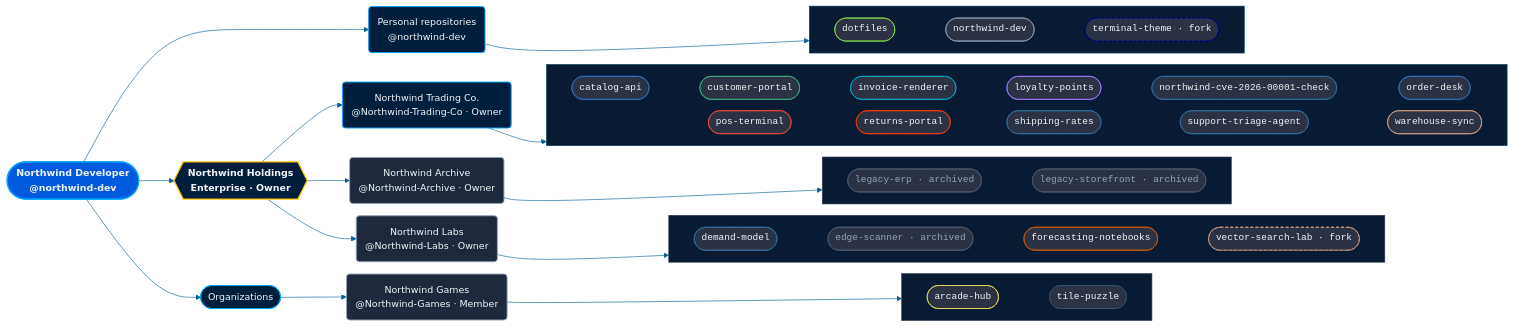
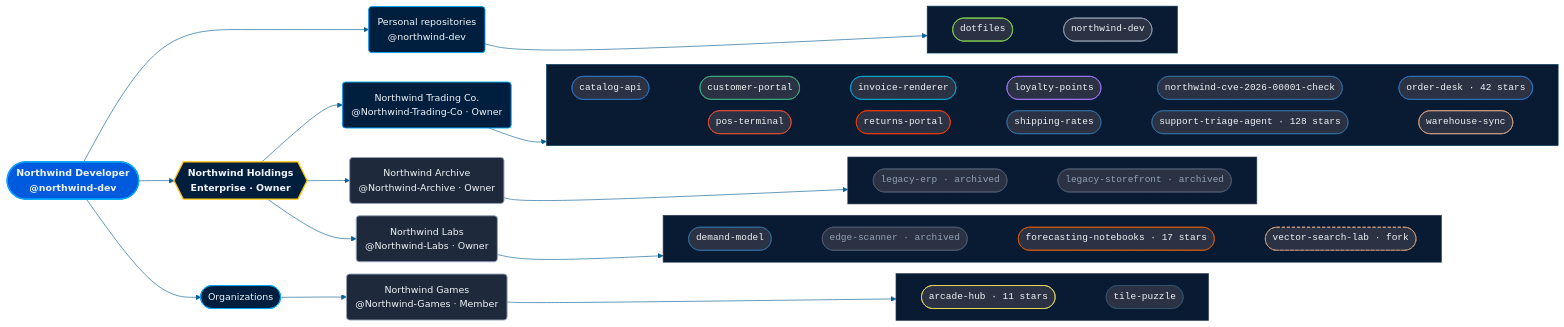
Before and after one commit to CompleteTech-Skills/github-showcase-skill: the diagram in assets/examples/account-chart-example.mmd, drawn with Mermaid. The commit also changed 22 other files, not shown here.

First line of the commit message:
Hold, fork, star and language details for the account chart

```diff
--- a/assets/examples/account-chart-example.mmd
+++ b/assets/examples/account-chart-example.mmd
@@ -1,109 +1,107 @@
 %%{init: {"theme": "base", "fontFamily": "Poppins, ui-sans-serif, system-ui, sans-serif", "themeVariables": {"darkMode": true, "background": "#0F172A", "fontSize": "15px", "primaryColor": "#001F3F", "primaryTextColor": "#F1F5F9", "primaryBorderColor": "#00A7FD", "secondaryColor": "#001F3F", "tertiaryColor": "#001F3F", "mainBkg": "#001F3F", "nodeBorder": "#00A7FD", "lineColor": "#085F94", "textColor": "#CBD5E1", "titleColor": "#F1F5F9", "clusterBkg": "#081B33", "clusterBorder": "#0B3F65", "edgeLabelBackground": "#0F172A"}, "flowchart": {"curve": "basis", "htmlLabels": true, "wrappingWidth": 600, "nodeSpacing": 18, "rankSpacing": 56, "padding": 14, "diagramPadding": 24}}}%%
 flowchart LR
     accTitle: GitHub account map of Northwind Developer (@northwind-dev)
     accDescr: personal repositories, 1 enterprise and 4 organizations, each with its public repositories
 
     acct(["Northwind Developer<br/>@northwind-dev"])
     me("Personal repositories<br/>@northwind-dev")
     acct ---> me
     subgraph me_r [" "]
         direction LR
-        me_r1(["dotfiles"]) ~~~ me_r2(["northwind-dev"]) ~~~ me_r3(["terminal-theme · fork"])
+        me_r1(["dotfiles"]) ~~~ me_r2(["northwind-dev"])
     end
     me --> me_r
     me ~~~ me_r1
     e1{{"Northwind Holdings<br/>Enterprise · Owner"}}
     acct --> e1
     e1o1("Northwind Trading Co.<br/>@Northwind-Trading-Co · Owner")
     e1 --> e1o1
     subgraph e1o1_r [" "]
         direction LR
-        e1o1_r1(["catalog-api"]) ~~~ e1o1_r2(["customer-portal"]) ~~~ e1o1_r3(["invoice-renderer"]) ~~~ e1o1_r4(["loyalty-points"]) ~~~ e1o1_r5(["northwind-cve-2026-00001-check"]) ~~~ e1o1_r6(["order-desk"])
-        e1o1_r7(["pos-terminal"]) ~~~ e1o1_r8(["returns-portal"]) ~~~ e1o1_r9(["shipping-rates"]) ~~~ e1o1_r10(["support-triage-agent"]) ~~~ e1o1_r11(["warehouse-sync"])
+        e1o1_r1(["catalog-api"]) ~~~ e1o1_r2(["customer-portal"]) ~~~ e1o1_r3(["invoice-renderer"]) ~~~ e1o1_r4(["loyalty-points"]) ~~~ e1o1_r5(["northwind-cve-2026-00001-check"]) ~~~ e1o1_r6(["order-desk · 42 stars"])
+        e1o1_r7(["pos-terminal"]) ~~~ e1o1_r8(["returns-portal"]) ~~~ e1o1_r9(["shipping-rates"]) ~~~ e1o1_r10(["support-triage-agent · 128 stars"]) ~~~ e1o1_r11(["warehouse-sync"])
     end
     e1o1 --> e1o1_r
     e1o1 ~~~ e1o1_r1
     e1o1 ~~~ e1o1_r7
     e1o2("Northwind Archive<br/>@Northwind-Archive · Owner")
     e1 --> e1o2
     subgraph e1o2_r [" "]
         direction LR
         e1o2_r1(["legacy-erp · archived"]) ~~~ e1o2_r2(["legacy-storefront · archived"])
     end
     e1o2 --> e1o2_r
     e1o2 ~~~ e1o2_r1
     e1o3("Northwind Labs<br/>@Northwind-Labs · Owner")
     e1 --> e1o3
     subgraph e1o3_r [" "]
         direction LR
-        e1o3_r1(["demand-model"]) ~~~ e1o3_r2(["edge-scanner · archived"]) ~~~ e1o3_r3(["forecasting-notebooks"]) ~~~ e1o3_r4(["vector-search-lab · fork"])
+        e1o3_r1(["demand-model"]) ~~~ e1o3_r2(["edge-scanner · archived"]) ~~~ e1o3_r3(["forecasting-notebooks · 17 stars"]) ~~~ e1o3_r4(["vector-search-lab · fork"])
     end
     e1o3 --> e1o3_r
     e1o3 ~~~ e1o3_r1
     hub(["Organizations"])
     acct --> hub
     o1("Northwind Games<br/>@Northwind-Games · Member")
     hub --> o1
     subgraph o1_r [" "]
         direction LR
-        o1_r1(["arcade-hub"]) ~~~ o1_r2(["tile-puzzle"])
+        o1_r1(["arcade-hub · 11 stars"]) ~~~ o1_r2(["tile-puzzle"])
     end
     o1 --> o1_r
     o1 ~~~ o1_r1
 
     classDef account fill:#005ADD,stroke:#00A7FD,stroke-width:2px,color:#F1F5F9,font-weight:600
     classDef hub fill:#001F3F,stroke:#00A7FD,stroke-width:1.5px,color:#F1F5F9
     classDef enterprise fill:#021E3D,stroke:#FFC300,stroke-width:2px,color:#F1F5F9,font-weight:600
     classDef f_completetech fill:#001F3F,stroke:#00A7FD,stroke-width:1.5px,color:#F1F5F9
     classDef f_neutral fill:#1E293B,stroke:#94A3B8,stroke-width:1.5px,color:#F1F5F9
     classDef repo fill:#2A3243,stroke:#066DA9,stroke-width:1px,color:#F1F5F9,font-family:monospace
     classDef l_cpp stroke:#F34B7D
     classDef l_csharp stroke:#178600
     classDef l_default stroke:#94A3B8
     classDef l_gdscript stroke:#355570
     classDef l_go stroke:#00ADD8
     classDef l_javascript stroke:#F1E05A
     classDef l_jupyter_notebook stroke:#DA5B0B
     classDef l_kotlin stroke:#A97BFF
-    classDef l_lua stroke:#000080
     classDef l_php stroke:#4F5D95
     classDef l_python stroke:#3572A5
     classDef l_rust stroke:#DEA584
     classDef l_shell stroke:#89E051
     classDef l_svelte stroke:#FF3E00
     classDef l_swift stroke:#F05138
     classDef l_typescript stroke:#3178C6
     classDef l_vue stroke:#41B883
     classDef fork stroke-dasharray:5 3
     classDef archived color:#94A3B8,stroke:#525D71
     classDef note fill:#0F172A,stroke:#5F6B7F,stroke-dasharray:3 3,color:#94A3B8
     class acct account
     class hub hub
     class e1 enterprise
     class me,e1o1 f_completetech
     class e1o2,e1o3,o1 f_neutral
-    class me_r1,me_r2,me_r3,e1o1_r1,e1o1_r2,e1o1_r3,e1o1_r4,e1o1_r5,e1o1_r6,e1o1_r7,e1o1_r8,e1o1_r9,e1o1_r10,e1o1_r11,e1o2_r1,e1o2_r2,e1o3_r1,e1o3_r2,e1o3_r3,e1o3_r4,o1_r1,o1_r2 repo
+    class me_r1,me_r2,e1o1_r1,e1o1_r2,e1o1_r3,e1o1_r4,e1o1_r5,e1o1_r6,e1o1_r7,e1o1_r8,e1o1_r9,e1o1_r10,e1o1_r11,e1o2_r1,e1o2_r2,e1o3_r1,e1o3_r2,e1o3_r3,e1o3_r4,o1_r1,o1_r2 repo
     class e1o3_r2 l_cpp
     class e1o2_r1 l_csharp
     class me_r2 l_default
     class o1_r2 l_gdscript
     class e1o1_r3 l_go
     class o1_r1 l_javascript
     class e1o3_r3 l_jupyter_notebook
     class e1o1_r4 l_kotlin
-    class me_r3 l_lua
     class e1o2_r2 l_php
     class e1o1_r5,e1o1_r9,e1o1_r10,e1o3_r1 l_python
     class e1o1_r11,e1o3_r4 l_rust
     class me_r1 l_shell
     class e1o1_r8 l_svelte
     class e1o1_r7 l_swift
     class e1o1_r1,e1o1_r6 l_typescript
     class e1o1_r2 l_vue
-    class me_r3,e1o3_r4 fork
+    class e1o3_r4 fork
     class e1o2_r1,e1o2_r2,e1o3_r2 archived
     style me_r fill:#081B33,stroke:#0B3F65,stroke-width:1px
     style e1o1_r fill:#081B33,stroke:#0B3F65,stroke-width:1px
     style e1o2_r fill:#081B33,stroke:#374155,stroke-width:1px
     style e1o3_r fill:#081B33,stroke:#374155,stroke-width:1px
     style o1_r fill:#081B33,stroke:#374155,stroke-width:1px
```
